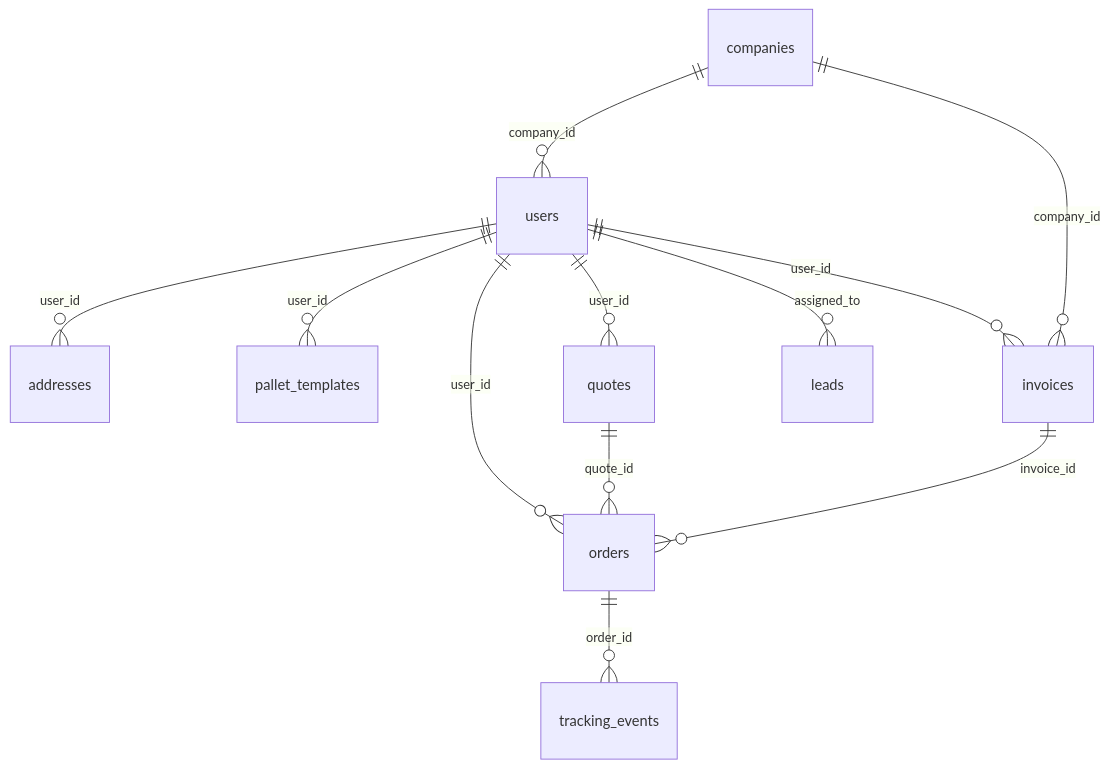
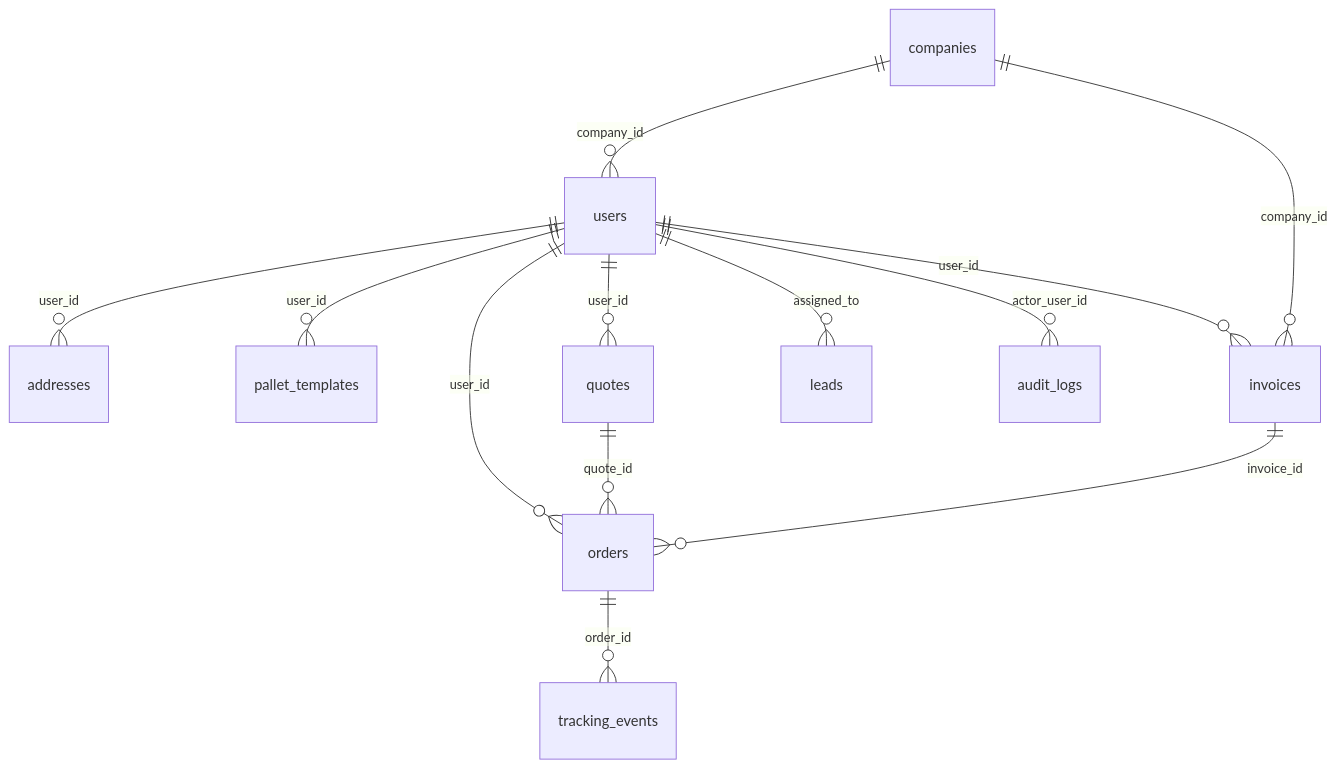
Before and after one commit to sulek92/trans-web: the diagram in docs/audit/2026-05-05-database-erd.md, drawn with Mermaid. The commit also changed other lines of this file and 162 other files, not shown here.

````diff
--- a/docs/audit/2026-05-05-database-erd.md
+++ b/docs/audit/2026-05-05-database-erd.md
@@ -5,15 +5,16 @@
 ```mermaid
 erDiagram
   companies ||--o{ users : "company_id"
   users ||--o{ addresses : "user_id"
   users ||--o{ pallet_templates : "user_id"
   users ||--o{ quotes : "user_id"
   users ||--o{ orders : "user_id"
   users ||--o{ invoices : "user_id"
   users ||--o{ leads : "assigned_to"
+  users ||--o{ audit_logs : "actor_user_id"
 
   quotes ||--o{ orders : "quote_id"
   invoices ||--o{ orders : "invoice_id"
   orders ||--o{ tracking_events : "order_id"
   companies ||--o{ invoices : "company_id"
 ```
````
